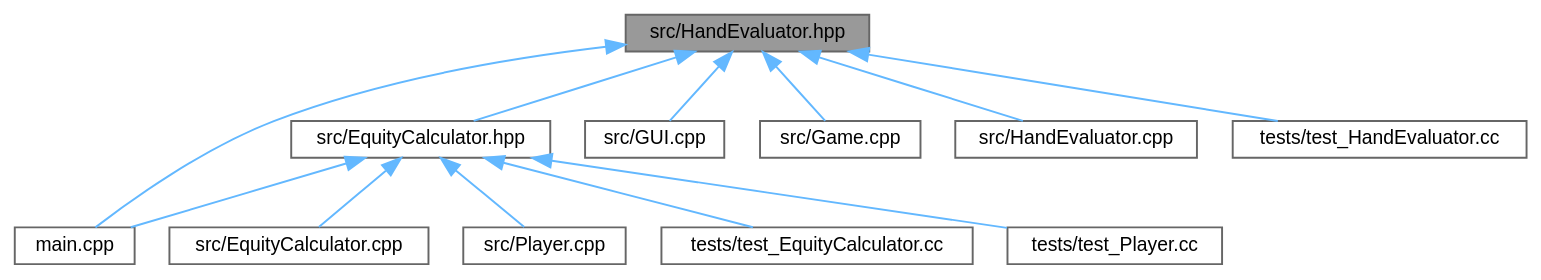
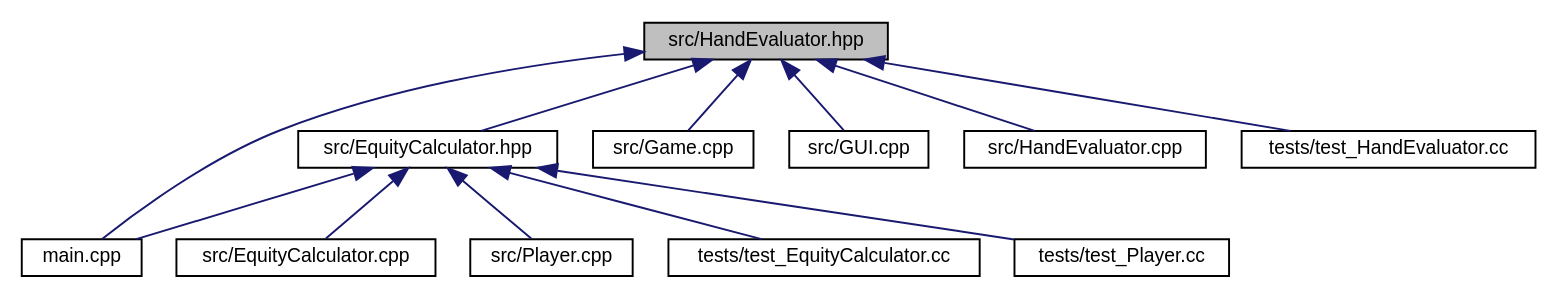
One commit to jesstyrrell/cosc345 changed the diagram in _hand_evaluator_8hpp__dep__incl.dot. Above: the diagram before and after it, drawn with Graphviz. The commit also changed 620 other files, not shown here.

```diff
--- a/_hand_evaluator_8hpp__dep__incl.dot
+++ b/_hand_evaluator_8hpp__dep__incl.dot
@@ -1,30 +1,29 @@
 digraph "src/HandEvaluator.hpp"
 {
  // INTERACTIVE_SVG=YES
  // LATEX_PDF_SIZE
-  bgcolor="transparent";
-  edge [fontname=Helvetica,fontsize=10,labelfontname=Helvetica,labelfontsize=10];
-  node [fontname=Helvetica,fontsize=10,shape=box,height=0.2,width=0.4];
-  Node1 [id="Node000001",label="src/HandEvaluator.hpp",height=0.2,width=0.4,color="gray40", fillcolor="grey60", style="filled", fontcolor="black",tooltip=" "];
-  Node1 -> Node2 [id="edge1_Node000001_Node000002",dir="back",color="steelblue1",style="solid",tooltip=" "];
-  Node2 [id="Node000002",label="main.cpp",height=0.2,width=0.4,color="grey40", fillcolor="white", style="filled",URL="$main_8cpp.html",tooltip=" "];
-  Node1 -> Node3 [id="edge2_Node000001_Node000003",dir="back",color="steelblue1",style="solid",tooltip=" "];
-  Node3 [id="Node000003",label="src/EquityCalculator.hpp",height=0.2,width=0.4,color="grey40", fillcolor="white", style="filled",URL="$_equity_calculator_8hpp.html",tooltip=" "];
-  Node3 -> Node2 [id="edge3_Node000003_Node000002",dir="back",color="steelblue1",style="solid",tooltip=" "];
-  Node3 -> Node4 [id="edge4_Node000003_Node000004",dir="back",color="steelblue1",style="solid",tooltip=" "];
-  Node4 [id="Node000004",label="src/EquityCalculator.cpp",height=0.2,width=0.4,color="grey40", fillcolor="white", style="filled",URL="$_equity_calculator_8cpp.html",tooltip=" "];
-  Node3 -> Node5 [id="edge5_Node000003_Node000005",dir="back",color="steelblue1",style="solid",tooltip=" "];
-  Node5 [id="Node000005",label="src/Player.cpp",height=0.2,width=0.4,color="grey40", fillcolor="white", style="filled",URL="$_player_8cpp.html",tooltip=" "];
-  Node3 -> Node6 [id="edge6_Node000003_Node000006",dir="back",color="steelblue1",style="solid",tooltip=" "];
-  Node6 [id="Node000006",label="tests/test_EquityCalculator.cc",height=0.2,width=0.4,color="grey40", fillcolor="white", style="filled",URL="$test___equity_calculator_8cc.html",tooltip=" "];
-  Node3 -> Node7 [id="edge7_Node000003_Node000007",dir="back",color="steelblue1",style="solid",tooltip=" "];
-  Node7 [id="Node000007",label="tests/test_Player.cc",height=0.2,width=0.4,color="grey40", fillcolor="white", style="filled",URL="$test___player_8cc.html",tooltip=" "];
-  Node1 -> Node8 [id="edge8_Node000001_Node000008",dir="back",color="steelblue1",style="solid",tooltip=" "];
-  Node8 [id="Node000008",label="src/GUI.cpp",height=0.2,width=0.4,color="grey40", fillcolor="white", style="filled",URL="$_g_u_i_8cpp.html",tooltip=" "];
-  Node1 -> Node9 [id="edge9_Node000001_Node000009",dir="back",color="steelblue1",style="solid",tooltip=" "];
-  Node9 [id="Node000009",label="src/Game.cpp",height=0.2,width=0.4,color="grey40", fillcolor="white", style="filled",URL="$_game_8cpp.html",tooltip=" "];
-  Node1 -> Node10 [id="edge10_Node000001_Node000010",dir="back",color="steelblue1",style="solid",tooltip=" "];
-  Node10 [id="Node000010",label="src/HandEvaluator.cpp",height=0.2,width=0.4,color="grey40", fillcolor="white", style="filled",URL="$_hand_evaluator_8cpp.html",tooltip=" "];
-  Node1 -> Node11 [id="edge11_Node000001_Node000011",dir="back",color="steelblue1",style="solid",tooltip=" "];
-  Node11 [id="Node000011",label="tests/test_HandEvaluator.cc",height=0.2,width=0.4,color="grey40", fillcolor="white", style="filled",URL="$test___hand_evaluator_8cc.html",tooltip=" "];
+  edge [fontname="Helvetica",fontsize="10",labelfontname="Helvetica",labelfontsize="10"];
+  node [fontname="Helvetica",fontsize="10",shape=record];
+  Node1 [label="src/HandEvaluator.hpp",height=0.2,width=0.4,color="black", fillcolor="grey75", style="filled", fontcolor="black",tooltip=" "];
+  Node1 -> Node2 [dir="back",color="midnightblue",fontsize="10",style="solid",fontname="Helvetica"];
+  Node2 [label="main.cpp",height=0.2,width=0.4,color="black", fillcolor="white", style="filled",URL="$main_8cpp.html",tooltip=" "];
+  Node1 -> Node3 [dir="back",color="midnightblue",fontsize="10",style="solid",fontname="Helvetica"];
+  Node3 [label="src/EquityCalculator.hpp",height=0.2,width=0.4,color="black", fillcolor="white", style="filled",URL="$_equity_calculator_8hpp.html",tooltip=" "];
+  Node3 -> Node2 [dir="back",color="midnightblue",fontsize="10",style="solid",fontname="Helvetica"];
+  Node3 -> Node4 [dir="back",color="midnightblue",fontsize="10",style="solid",fontname="Helvetica"];
+  Node4 [label="src/EquityCalculator.cpp",height=0.2,width=0.4,color="black", fillcolor="white", style="filled",URL="$_equity_calculator_8cpp.html",tooltip=" "];
+  Node3 -> Node5 [dir="back",color="midnightblue",fontsize="10",style="solid",fontname="Helvetica"];
+  Node5 [label="src/Player.cpp",height=0.2,width=0.4,color="black", fillcolor="white", style="filled",URL="$_player_8cpp.html",tooltip=" "];
+  Node3 -> Node6 [dir="back",color="midnightblue",fontsize="10",style="solid",fontname="Helvetica"];
+  Node6 [label="tests/test_EquityCalculator.cc",height=0.2,width=0.4,color="black", fillcolor="white", style="filled",URL="$test___equity_calculator_8cc.html",tooltip=" "];
+  Node3 -> Node7 [dir="back",color="midnightblue",fontsize="10",style="solid",fontname="Helvetica"];
+  Node7 [label="tests/test_Player.cc",height=0.2,width=0.4,color="black", fillcolor="white", style="filled",URL="$test___player_8cc.html",tooltip=" "];
+  Node1 -> Node8 [dir="back",color="midnightblue",fontsize="10",style="solid",fontname="Helvetica"];
+  Node8 [label="src/Game.cpp",height=0.2,width=0.4,color="black", fillcolor="white", style="filled",URL="$_game_8cpp.html",tooltip=" "];
+  Node1 -> Node9 [dir="back",color="midnightblue",fontsize="10",style="solid",fontname="Helvetica"];
+  Node9 [label="src/GUI.cpp",height=0.2,width=0.4,color="black", fillcolor="white", style="filled",URL="$_g_u_i_8cpp.html",tooltip=" "];
+  Node1 -> Node10 [dir="back",color="midnightblue",fontsize="10",style="solid",fontname="Helvetica"];
+  Node10 [label="src/HandEvaluator.cpp",height=0.2,width=0.4,color="black", fillcolor="white", style="filled",URL="$_hand_evaluator_8cpp.html",tooltip=" "];
+  Node1 -> Node11 [dir="back",color="midnightblue",fontsize="10",style="solid",fontname="Helvetica"];
+  Node11 [label="tests/test_HandEvaluator.cc",height=0.2,width=0.4,color="black", fillcolor="white", style="filled",URL="$test___hand_evaluator_8cc.html",tooltip=" "];
 }
```
